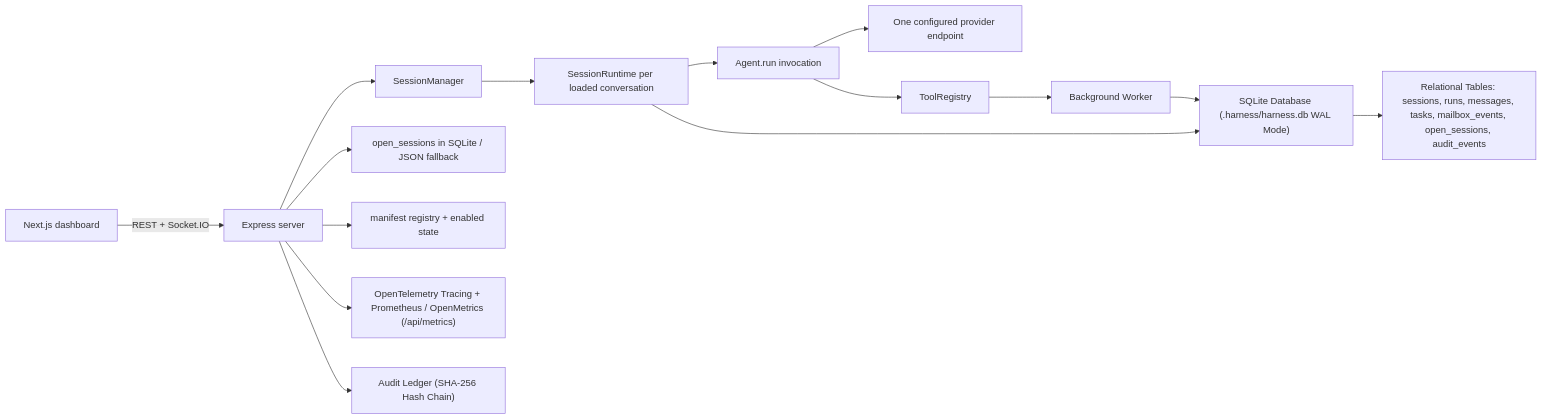
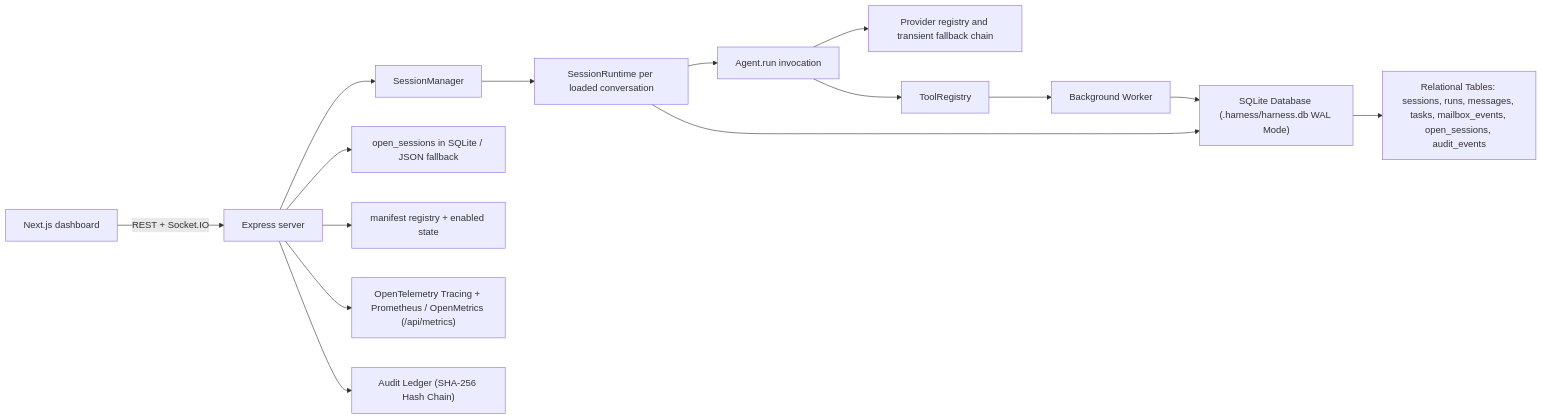
One commit to SatyaanM/agent-harness changed the diagram in docs/architecture/CURRENT_STATE.md. Above: the diagram before and after it, drawn with Mermaid. The commit also changed other lines of this file and 57 other files, not shown here.

First line of the commit message:
feat: multi-provider registry (#30)

````diff
--- a/docs/architecture/CURRENT_STATE.md
+++ b/docs/architecture/CURRENT_STATE.md
@@ -14,17 +14,17 @@
 ```mermaid
 flowchart LR
   UI["Next.js dashboard"] -->|"REST + Socket.IO"| Server["Express server"]
   Server --> Manager["SessionManager"]
   Manager --> Runtime["SessionRuntime per loaded conversation"]
   Runtime --> Agent["Agent.run invocation"]
-  Agent --> LLM["One configured provider endpoint"]
+  Agent --> LLM["Provider registry and transient fallback chain"]
   Agent --> Tools["ToolRegistry"]
   Tools --> Worker["Background Worker"]
   Runtime --> SQLite["SQLite Database (.harness/harness.db WAL Mode)"]
   Worker --> SQLite
   SQLite --> Relational["Relational Tables: sessions, runs, messages, tasks, mailbox_events, open_sessions, audit_events"]
   Server --> Open["open_sessions in SQLite / JSON fallback"]
   Server --> Plugin["manifest registry + enabled state"]
   Server --> Telemetry["OpenTelemetry Tracing + Prometheus / OpenMetrics (/api/metrics)"]
   Server --> AuditLog["Audit Ledger (SHA-256 Hash Chain)"]
 ```
````
